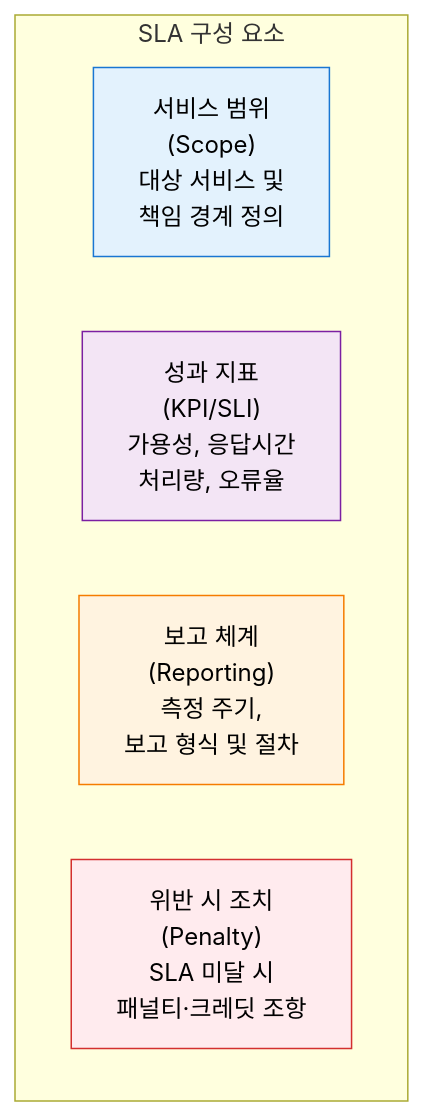
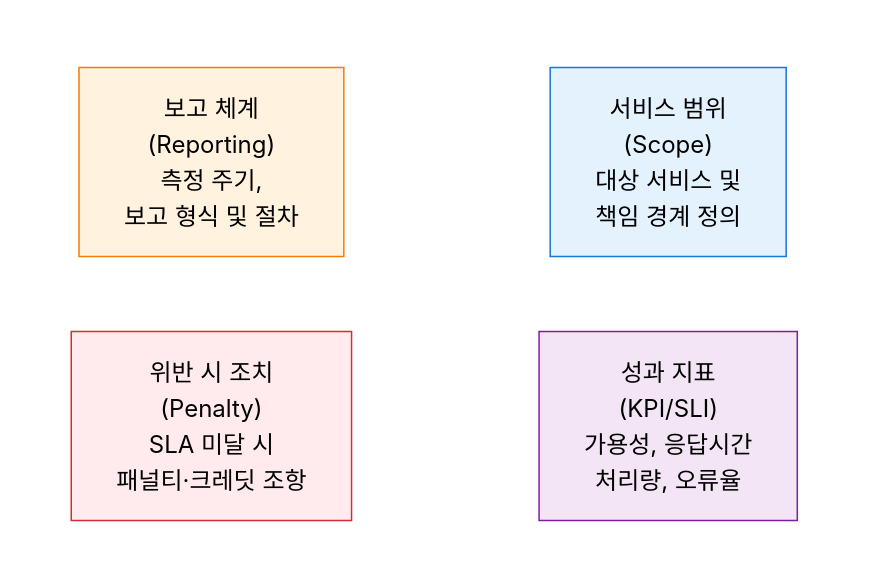
One commit to jeonck/fw-thinking changed the second of 3 diagrams in docs/01-it-governance/ito.md. Above: the diagram before and after it, drawn with Mermaid.

Commit message:
ITO SLA 다이어그램 2x2 레이아웃으로 수정

````diff
--- a/docs/01-it-governance/ito.md
+++ b/docs/01-it-governance/ito.md
@@ -33,14 +33,20 @@
 ```mermaid
 flowchart TD
-    subgraph SLA["SLA 구성 요소"]
+    subgraph R1["　"]
+        direction LR
         S1["서비스 범위<br/>(Scope)<br/>대상 서비스 및<br/>책임 경계 정의"]
         S2["성과 지표<br/>(KPI/SLI)<br/>가용성, 응답시간<br/>처리량, 오류율"]
+    end
+    subgraph R2["　"]
+        direction LR
         S3["보고 체계<br/>(Reporting)<br/>측정 주기,<br/>보고 형식 및 절차"]
         S4["위반 시 조치<br/>(Penalty)<br/>SLA 미달 시<br/>패널티·크레딧 조항"]
     end
 
     style S1 fill:#E3F2FD,stroke:#1976D2,color:#000
     style S2 fill:#F3E5F5,stroke:#7B1FA2,color:#000
     style S3 fill:#FFF3E0,stroke:#F57C00,color:#000
     style S4 fill:#FFEBEE,stroke:#D32F2F,color:#000
+    style R1 fill:none,stroke:none
+    style R2 fill:none,stroke:none
 ```
````
